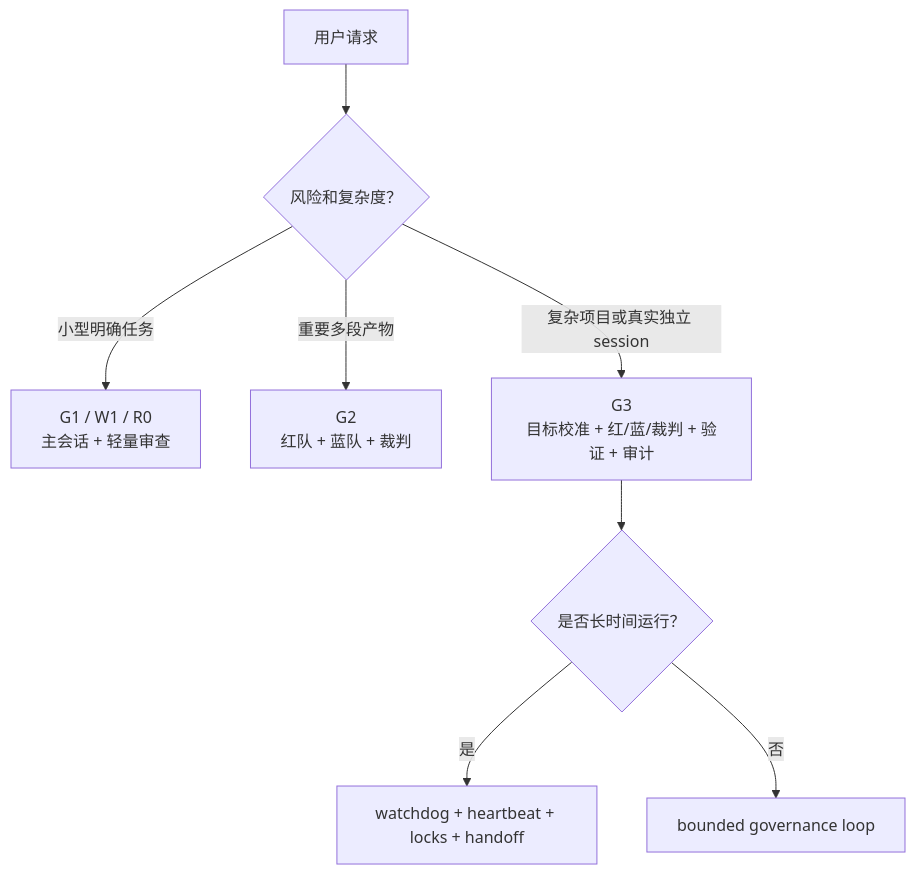
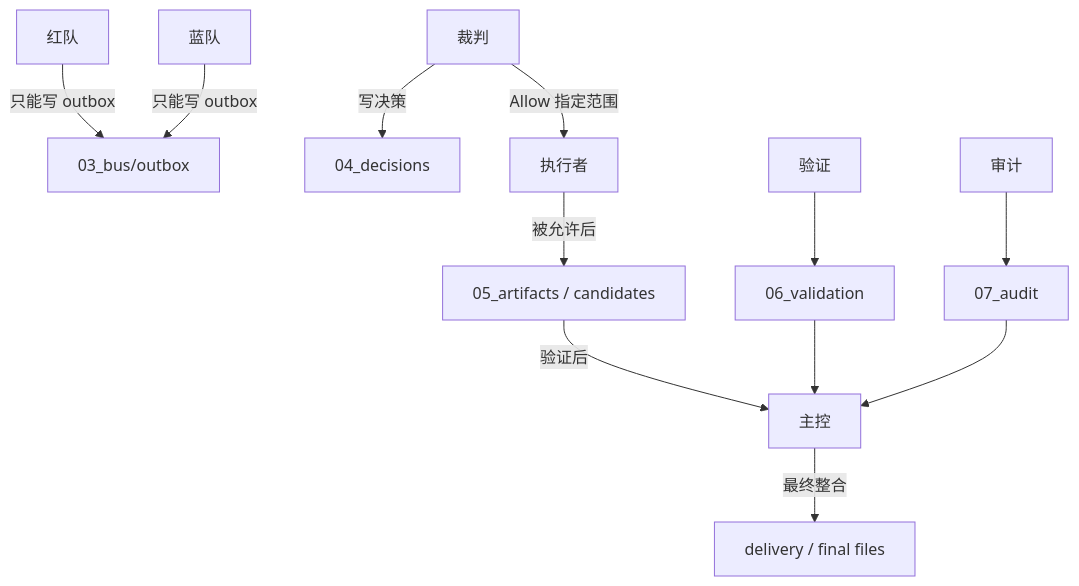
The fifth of 8 diagrams in README.md (pigeon-flower/multi-thread-generative-governance-skill), drawn with Mermaid before and after one commit. The commit also changed other lines of this file, not shown here.

Commit message:
Rewrite README with usage guidance and architecture diagrams

````diff
--- a/README.md
+++ b/README.md
@@ -102,10 +192,15 @@
 ```mermaid
 flowchart TD
-    Q["用户请求"] --> T{"风险和复杂度？"}
-    T -->|小型明确任务| G1["G1 / W1 / R0<br/>主会话 + 轻量审查"]
-    T -->|重要多段产物| G2["G2<br/>红队 + 蓝队 + 裁判"]
-    T -->|复杂项目或真实独立 session| G3["G3<br/>目标校准 + 红/蓝/裁判 + 验证 + 审计"]
-    G3 --> R2{"是否长时间运行？"}
-    R2 -->|是| Watch["watchdog + heartbeat + locks + handoff"]
-    R2 -->|否| Close["bounded governance loop"]
+    RED["红队"] -->|只能写 outbox| BUS["03_bus/outbox"]
+    BLUE["蓝队"] -->|只能写 outbox| BUS
+    JUDGE["裁判"] -->|写决策| DEC["04_decisions"]
+    EXEC["执行者"] -->|被允许后| CAND["05_artifacts / candidates"]
+    MAIN["主控"] -->|最终整合| FINAL["delivery / final files"]
+    VAL["验证"] --> REPORT["06_validation"]
+    AUDIT["审计"] --> AUD["07_audit"]
+
+    JUDGE -->|Allow 指定范围| EXEC
+    CAND -->|验证后| MAIN
+    REPORT --> MAIN
+    AUD --> MAIN
 ```
````
